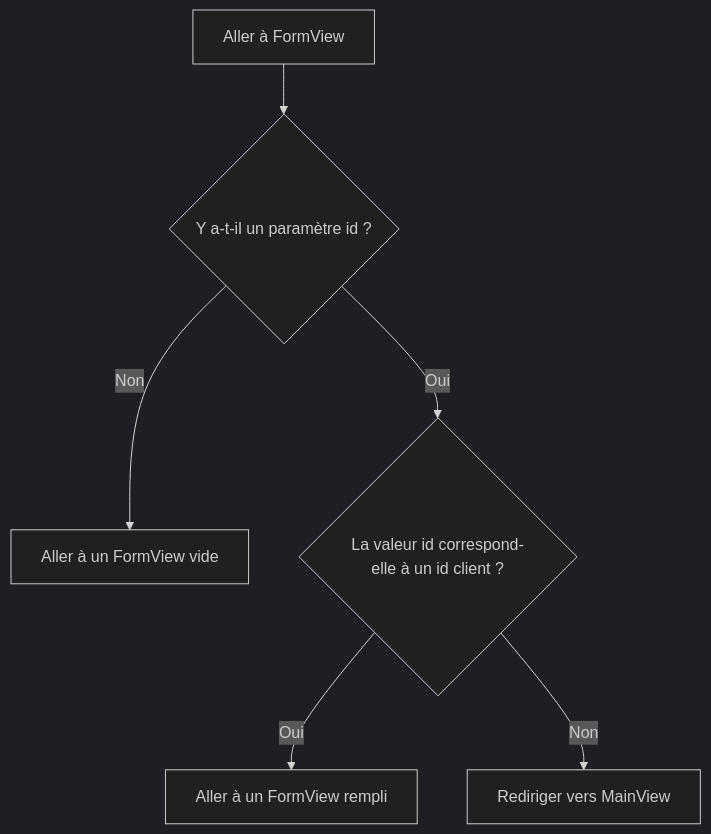
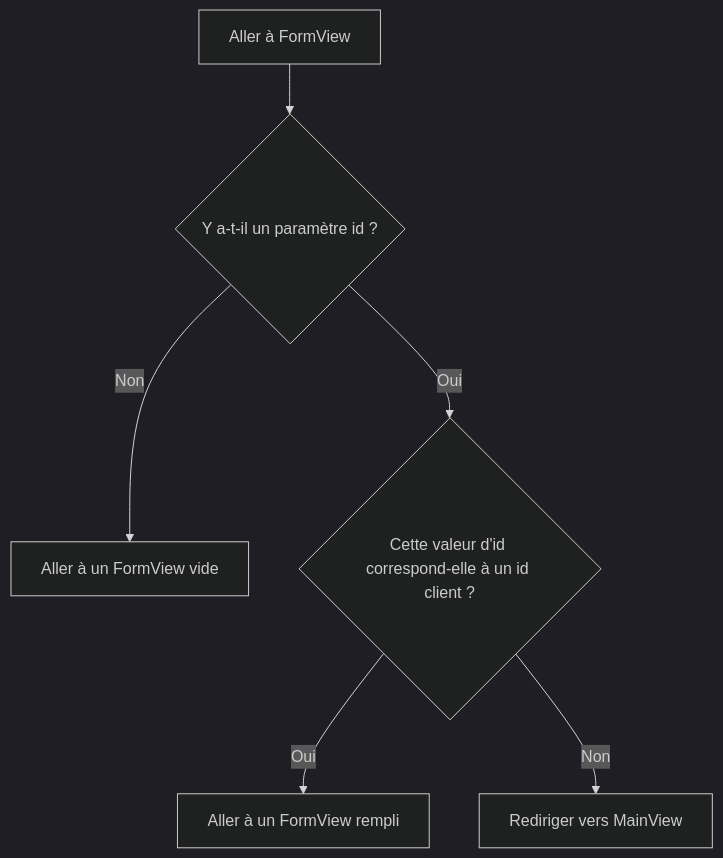
One commit to webforj/webforj-documentation changed the diagram in docs/i18n/fr/docusaurus-plugin-content-docs/current/introduction/tutorial/observers-and-route-parameters.md. Above: the diagram before and after it, drawn with Mermaid (dark theme). The commit also changed other lines of this file and 1016 other files, not shown here.

````diff
--- a/docs/i18n/fr/docusaurus-plugin-content-docs/current/introduction/tutorial/observers-and-route-parameters.md
+++ b/docs/i18n/fr/docusaurus-plugin-content-docs/current/introduction/tutorial/observers-and-route-parameters.md
@@ -72,8 +75,8 @@
 ```mermaid
 flowchart TD
     A[Aller à FormView] --> B{Y a-t-il un paramètre id ?}
     B -->|Non| C[Aller à un FormView vide]
-    B -->|Oui| D{La valeur id correspond-elle à un id client ?}
+    B -->|Oui| D{Cette valeur d'id correspond-elle à un id client ?}
     D -->|Oui| E[Aller à un FormView rempli]
     D -->|Non| F[Rediriger vers MainView]
 ```
````
